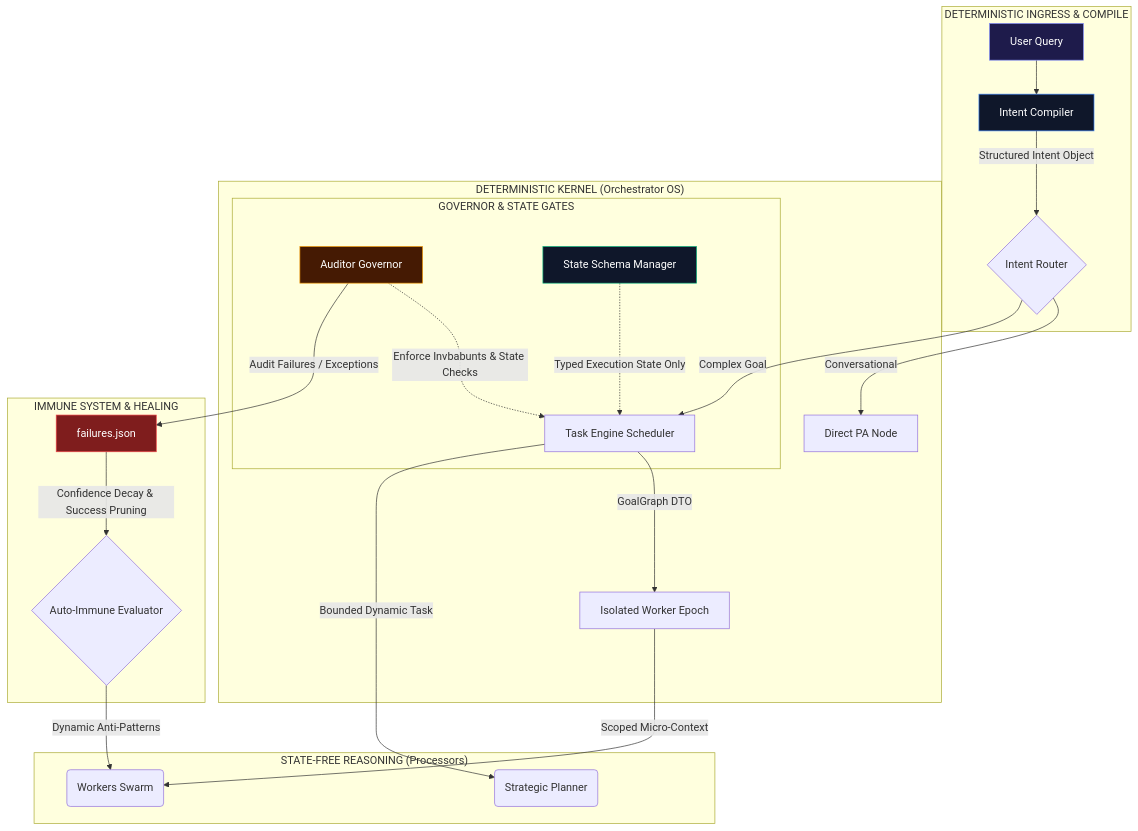
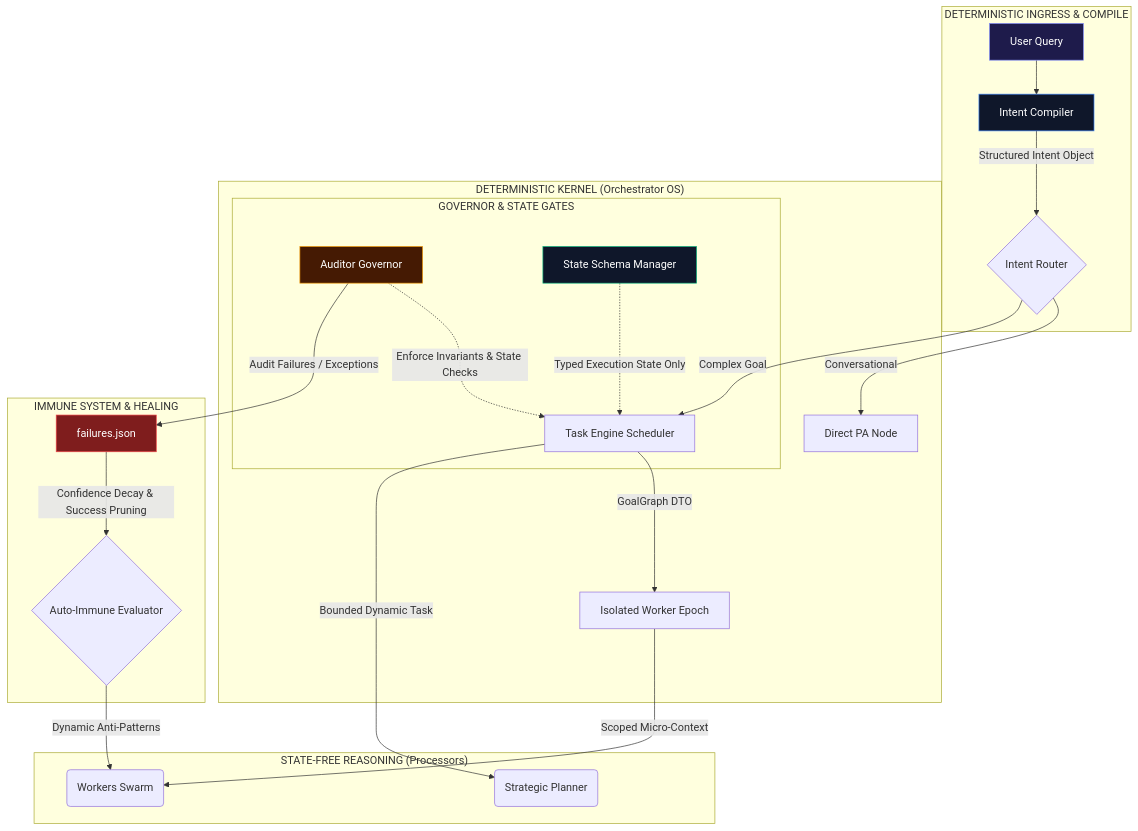
The diagram in babu_cognitive_os_architectural_blueprint.md (ssoni4751/BABU), drawn with Mermaid before and after one commit. The commit also changed other lines of this file and 13 other files, not shown here.

````diff
--- a/babu_cognitive_os_architectural_blueprint.md
+++ b/babu_cognitive_os_architectural_blueprint.md
@@ -12,35 +12,35 @@
 ```mermaid
 graph TD
     subgraph "DETERMINISTIC INGRESS & COMPILE"
         A[User Query] --> B[Intent Compiler]
         B -->|Structured Intent Object| C{Intent Router}
     end
 
     subgraph "DETERMINISTIC KERNEL (Orchestrator OS)"
         C -->|Conversational| D[Direct PA Node]
         C -->|Complex Goal| E[Task Engine Scheduler]
         E -->|GoalGraph DTO| F[Isolated Worker Epoch]
         
         subgraph "GOVERNOR & STATE GATES"
-            G[Auditor Governor] -.->|Enforce Invbabunts & State Checks| E
+            G[Auditor Governor] -.->|Enforce Invariants & State Checks| E
             H[State Schema Manager] -.->|Typed Execution State Only| E
         end
     end
 
     subgraph "STATE-FREE REASONING (Processors)"
         E -->|Bounded Dynamic Task| I(Strategic Planner)
         F -->|Scoped Micro-Context| J(Workers Swarm)
     end
 
     subgraph "IMMUNE SYSTEM & HEALING"
         G -->|Audit Failures / Exceptions| K[failures.json]
         K -->|Confidence Decay & Success Pruning| L{Auto-Immune Evaluator}
         L -->|Dynamic Anti-Patterns| J
     end
 
     style A fill:#1e1b4b,stroke:#818cf8,color:#fff
     style B fill:#0f172a,stroke:#3b82f6,color:#fff
     style G fill:#451a03,stroke:#f59e0b,color:#fff
     style K fill:#7f1d1d,stroke:#ef4444,color:#fff
     style H fill:#0f172a,stroke:#10b981,color:#fff
 ```
````
